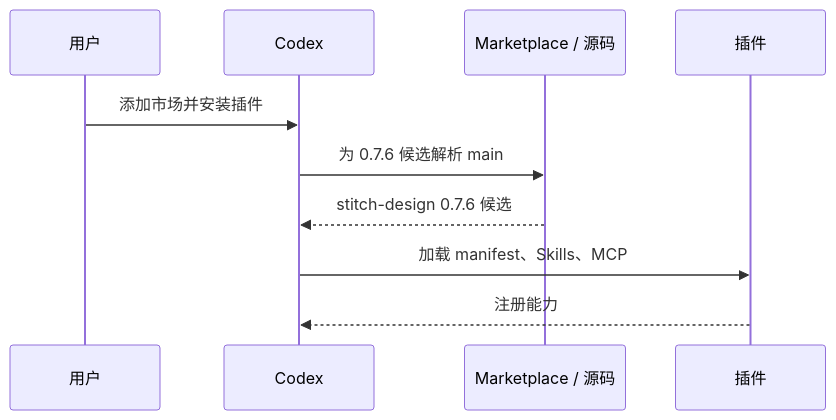
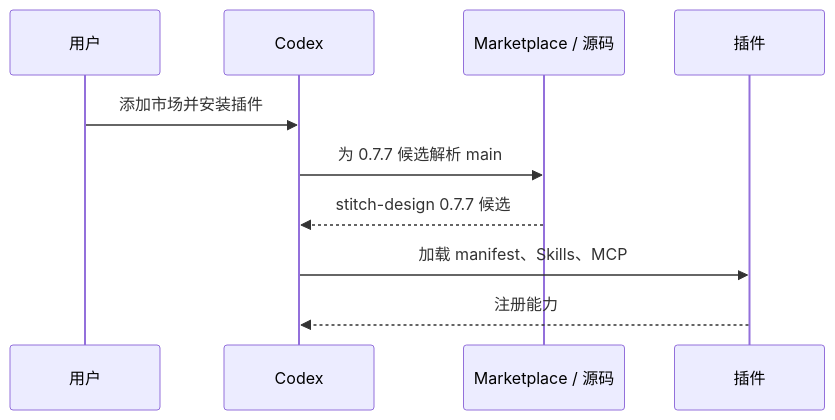
Before and after one commit to full-stack-plugins/stitch-design-plugin: the seventh of 11 diagrams in docs/Stitch-Design-Architecture.zh_CN.md, drawn with Mermaid. The commit also changed other lines of this file and 31 other files, not shown here.

````diff
--- a/docs/Stitch-Design-Architecture.zh_CN.md
+++ b/docs/Stitch-Design-Architecture.zh_CN.md
@@ -173,12 +173,12 @@
 ```mermaid
 sequenceDiagram
     participant U as 用户
     participant C as Codex
     participant M as Marketplace / 源码
     participant P as 插件
     U->>C: 添加市场并安装插件
-    C->>M: 为 0.7.6 候选解析 main
-    M-->>C: stitch-design 0.7.6 候选
+    C->>M: 为 0.7.7 候选解析 main
+    M-->>C: stitch-design 0.7.7 候选
     C->>P: 加载 manifest、Skills、MCP
     P-->>C: 注册能力
 ```
````
